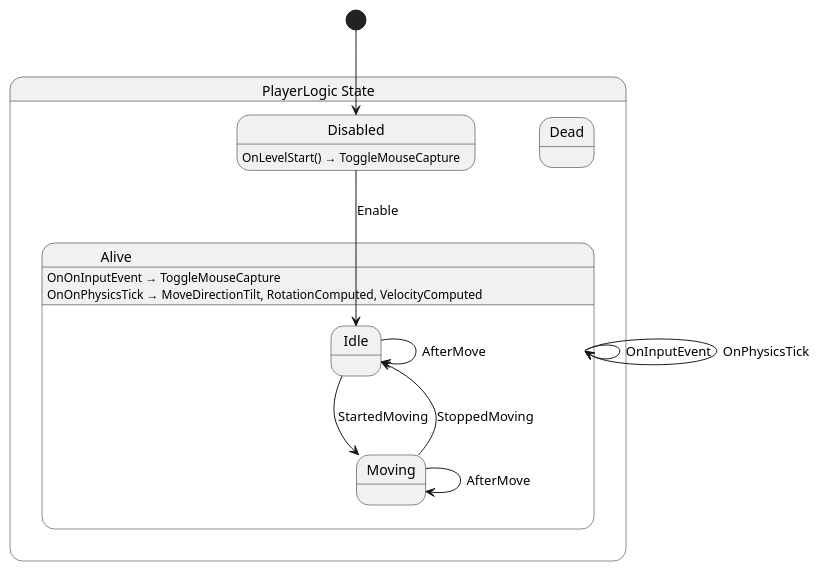
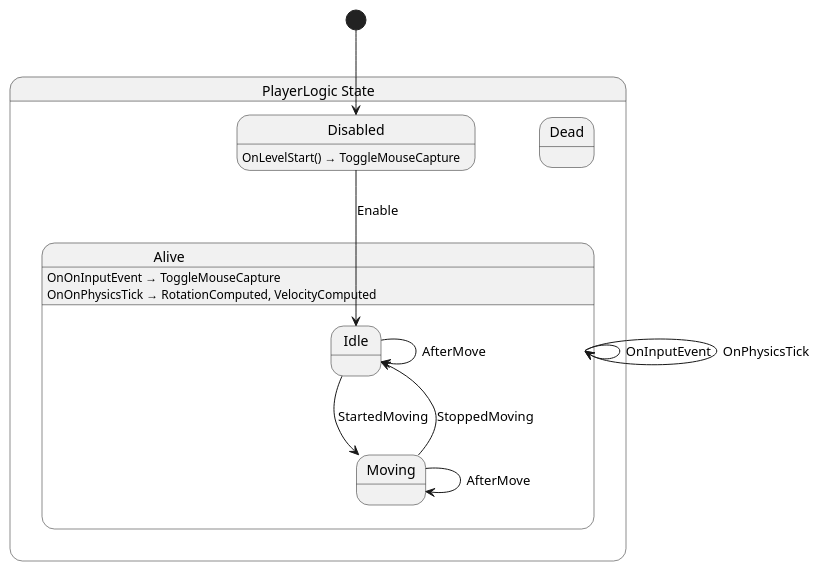
The diagram in Scripts/Drone/Player/State/PlayerLogic.g.puml (SkyValor/rescue-drone), drawn with PlantUML before and after one commit. The commit also changed 19 other files, not shown here.

Commit message:
Implemented the class to hold the tilt by input logic. This class will be used as a nested component for the player. Fixed an issue with ImputComponent not getting mouse zoom properly.

```diff
--- a/Scripts/Drone/Player/State/PlayerLogic.g.puml
+++ b/Scripts/Drone/Player/State/PlayerLogic.g.puml
@@ -1,24 +1,24 @@
 @startuml PlayerLogic
 state "PlayerLogic State" as RescueDrone_PlayerLogic_State {
   state "Alive" as RescueDrone_PlayerLogic_State_Alive {
     state "Idle" as RescueDrone_PlayerLogic_State_Idle
     state "Moving" as RescueDrone_PlayerLogic_State_Moving
   }
   state "Dead" as RescueDrone_PlayerLogic_State_Dead
   state "Disabled" as RescueDrone_PlayerLogic_State_Disabled
 }
 
 RescueDrone_PlayerLogic_State_Alive --> RescueDrone_PlayerLogic_State_Alive : OnInputEvent
 RescueDrone_PlayerLogic_State_Alive --> RescueDrone_PlayerLogic_State_Alive : OnPhysicsTick
 RescueDrone_PlayerLogic_State_Disabled --> RescueDrone_PlayerLogic_State_Idle : Enable
 RescueDrone_PlayerLogic_State_Idle --> RescueDrone_PlayerLogic_State_Idle : AfterMove
 RescueDrone_PlayerLogic_State_Idle --> RescueDrone_PlayerLogic_State_Moving : StartedMoving
 RescueDrone_PlayerLogic_State_Moving --> RescueDrone_PlayerLogic_State_Idle : StoppedMoving
 RescueDrone_PlayerLogic_State_Moving --> RescueDrone_PlayerLogic_State_Moving : AfterMove
 
 RescueDrone_PlayerLogic_State_Alive : OnOnInputEvent → ToggleMouseCapture
-RescueDrone_PlayerLogic_State_Alive : OnOnPhysicsTick → MoveDirectionTilt, RotationComputed, VelocityComputed
+RescueDrone_PlayerLogic_State_Alive : OnOnPhysicsTick → RotationComputed, VelocityComputed
 RescueDrone_PlayerLogic_State_Disabled : OnLevelStart() → ToggleMouseCapture
 
 [*] --> RescueDrone_PlayerLogic_State_Disabled
 @enduml
```
